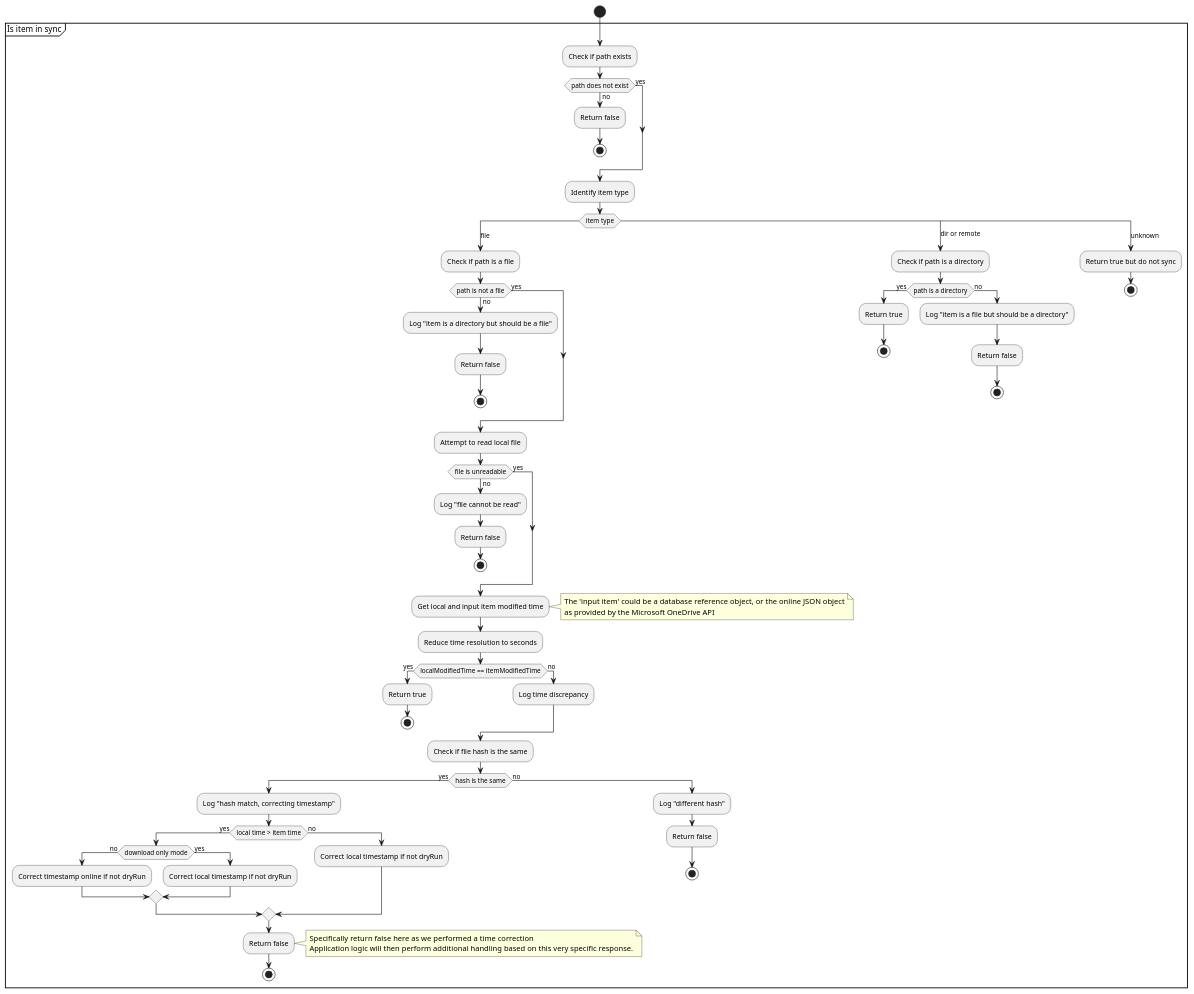
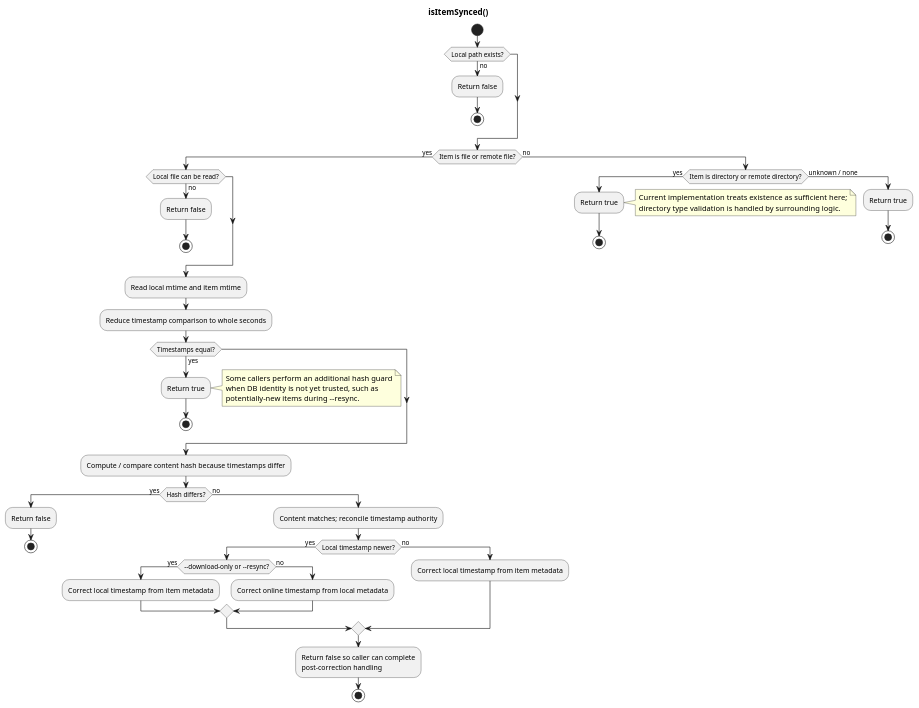
Before and after one commit to abraunegg/onedrive: the diagram in docs/puml/is_item_in_sync.puml, drawn with PlantUML. The commit also changed 46 other files, not shown here.

First line of the commit message:
Update architecture documentation (#3870)

```diff
--- a/docs/puml/is_item_in_sync.puml
+++ b/docs/puml/is_item_in_sync.puml
@@ -1,79 +1,59 @@
 @startuml
+title isItemSynced()
 start
-partition "Is item in sync" {
-  :Check if path exists;
-  if (path does not exist) then (no)
+
+if (Local path exists?) then (no)
+  :Return false;
+  stop
+endif
+
+if (Item is file or remote file?) then (yes)
+  if (Local file can be read?) then (no)
     :Return false;
     stop
-  else (yes)
   endif
-  
-  :Identify item type;
-  switch (item type)
-  case (file)
-  
-    :Check if path is a file;
-    if (path is not a file) then (no)
-      :Log "item is a directory but should be a file";
-      :Return false;
-      stop
-    else (yes)
+
+  :Read local mtime and item mtime;
+  :Reduce timestamp comparison to whole seconds;
+  if (Timestamps equal?) then (yes)
+    :Return true;
+    note right
+      Some callers perform an additional hash guard
+      when DB identity is not yet trusted, such as
+      potentially-new items during ~--resync.
+    end note
+    stop
+  endif
+
+  :Compute / compare content hash because timestamps differ;
+  if (Hash differs?) then (yes)
+    :Return false;
+    stop
+  else (no)
+    :Content matches; reconcile timestamp authority;
+    if (Local timestamp newer?) then (yes)
+      if (~--download-only or ~--resync?) then (yes)
+        :Correct local timestamp from item metadata;
+      else (no)
+        :Correct online timestamp from local metadata;
+      endif
+    else (no)
+      :Correct local timestamp from item metadata;
     endif
-    
-    :Attempt to read local file;
-    if (file is unreadable) then (no)
-      :Log "file cannot be read";
-      :Return false;
-      stop
-    else (yes)
-    endif
-    
-    :Get local and input item modified time;
-    note right: The 'input item' could be a database reference object, or the online JSON object\nas provided by the Microsoft OneDrive API
-    :Reduce time resolution to seconds;
-    
-    if (localModifiedTime == itemModifiedTime) then (yes)
-      :Return true;
-      stop
-    else (no)
-      :Log time discrepancy;
-    endif
-    
-    :Check if file hash is the same;
-    if (hash is the same) then (yes)
-      :Log "hash match, correcting timestamp";
-      if (local time > item time) then (yes)
-        if (download only mode) then (no)
-          :Correct timestamp online if not dryRun;
-        else (yes)
-          :Correct local timestamp if not dryRun;
-        endif
-      else (no)
-        :Correct local timestamp if not dryRun;
-      endif
-      :Return false;
-      note right: Specifically return false here as we performed a time correction\nApplication logic will then perform additional handling based on this very specific response.
-      stop
-    else (no)
-      :Log "different hash";
-      :Return false;
-      stop
-    endif
-  
-  case (dir or remote)
-    :Check if path is a directory;
-    if (path is a directory) then (yes)
-      :Return true;
-      stop
-    else (no)
-      :Log "item is a file but should be a directory";
-      :Return false;
-      stop
-    endif
-  
-  case (unknown)
-    :Return true but do not sync;
+    :Return false so caller can complete\npost-correction handling;
     stop
-  endswitch
-}
+  endif
+else (no)
+  if (Item is directory or remote directory?) then (yes)
+    :Return true;
+    note right
+      Current implementation treats existence as sufficient here;
+      directory type validation is handled by surrounding logic.
+    end note
+    stop
+  else (unknown / none)
+    :Return true;
+    stop
+  endif
+endif
 @enduml
```
